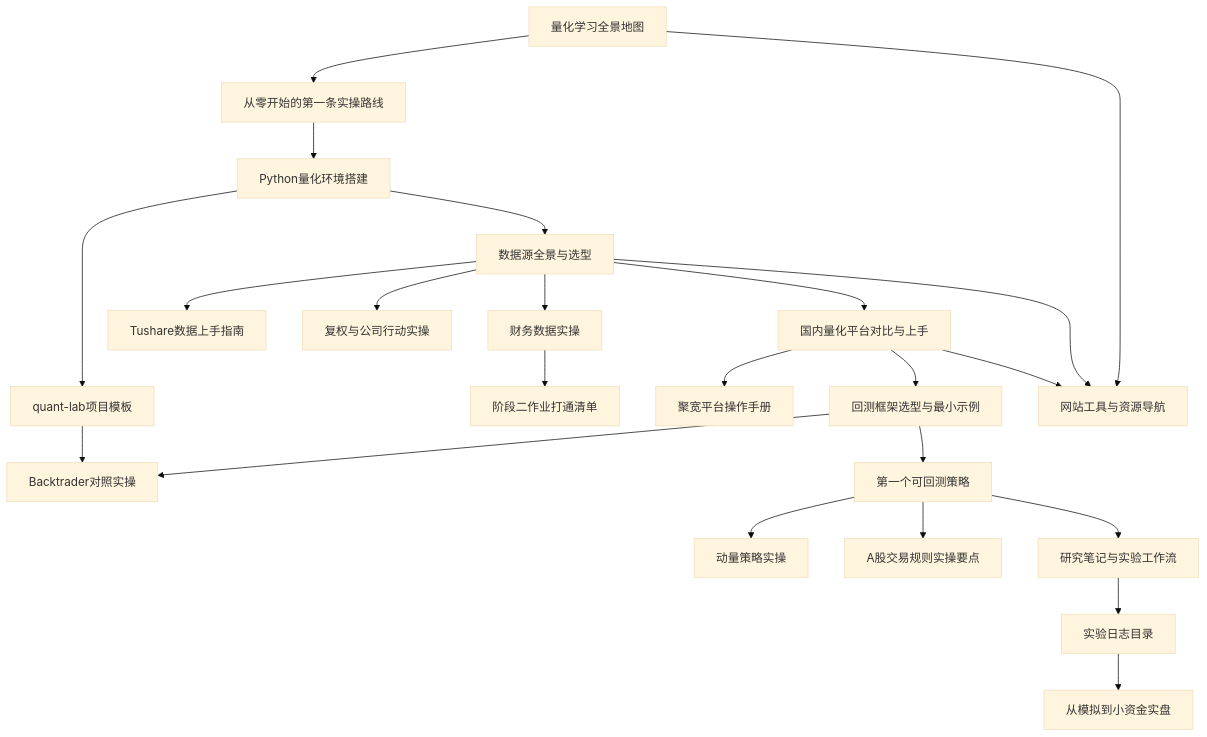
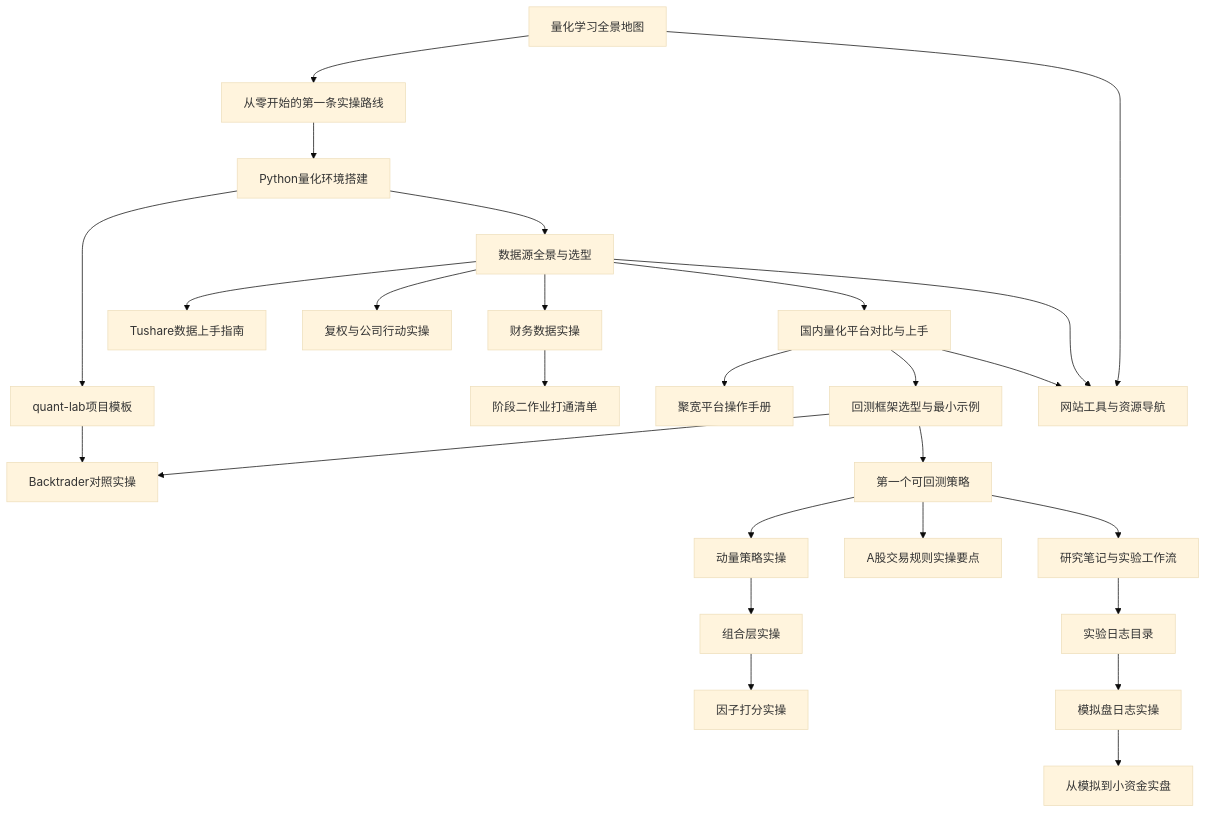
One commit to Cthaat/Obsidian changed the diagram in quant-wiki-notes/入门教程/阶段零-实操百科/目录.md. Above: the diagram before and after it, drawn with Mermaid (base theme). The commit also changed other lines of this file and 17 other files, not shown here.

````diff
--- a/quant-wiki-notes/入门教程/阶段零-实操百科/目录.md
+++ b/quant-wiki-notes/入门教程/阶段零-实操百科/目录.md
@@ -43,25 +43,28 @@
 ```mermaid
 graph TD
     A[量化学习全景地图] --> B[从零开始的第一条实操路线]
     B --> C[Python量化环境搭建]
     C --> C2[quant-lab项目模板]
     C2 --> C3[Backtrader对照实操]
     C --> D[数据源全景与选型]
     D --> D2[Tushare数据上手指南]
     D --> D3[复权与公司行动实操]
     D --> D4[财务数据实操]
     D --> E[国内量化平台对比与上手]
     E --> E2[聚宽平台操作手册]
     E --> F[回测框架选型与最小示例]
     F --> C3
     F --> G[第一个可回测策略]
     G --> G1[动量策略实操]
+    G1 --> G1b[组合层实操]
+    G1b --> G1c[因子打分实操]
     G --> G2[A股交易规则实操要点]
     G --> G3[研究笔记与实验工作流]
     G3 --> G4[实验日志目录]
     D4 --> J[阶段二作业打通清单]
-    G4 --> H[从模拟到小资金实盘]
+    G4 --> H0[模拟盘日志实操]
+    H0 --> H[从模拟到小资金实盘]
     A --> I[网站工具与资源导航]
     D --> I
     E --> I
 ```
````
